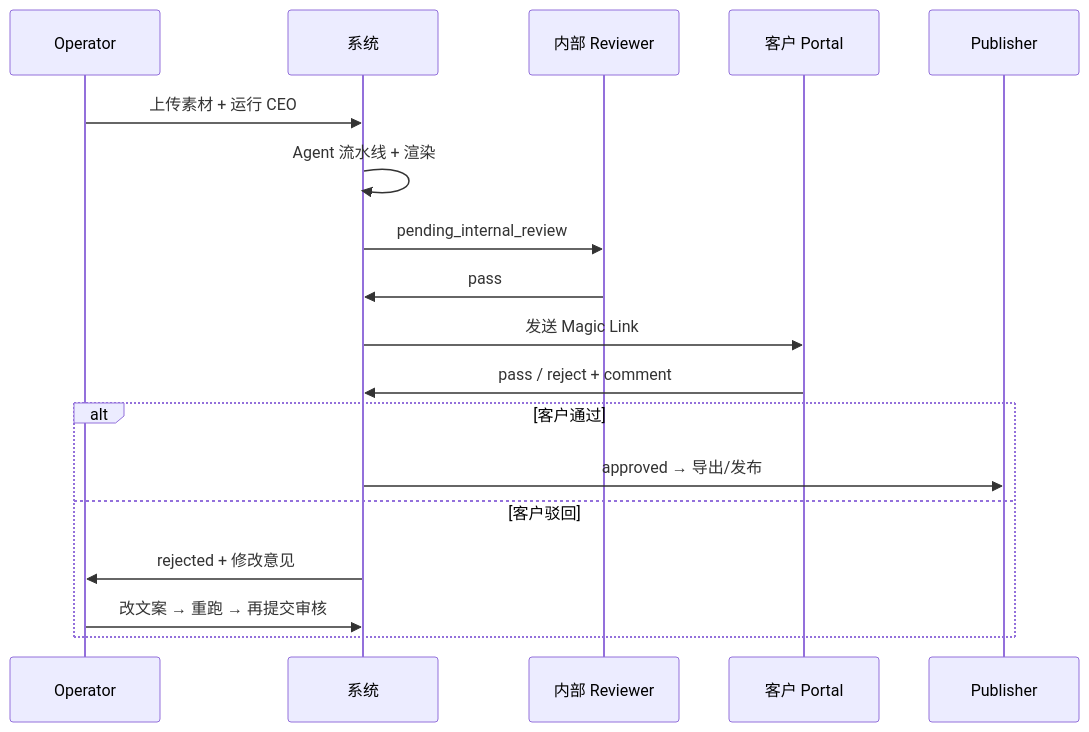
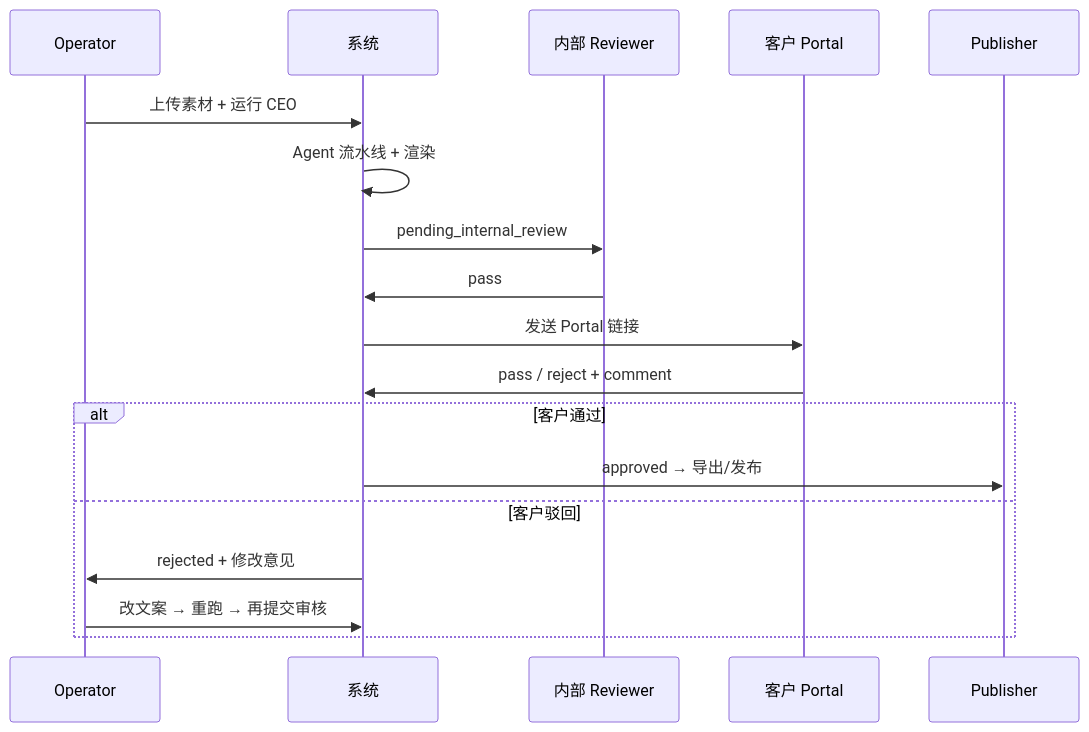
The fourth of 5 diagrams in README.md (EmbersoulLabs/EmberOS), drawn with Mermaid before and after one commit.

Commit message:
README: replace Magic Link wording with Portal link.

````diff
--- a/README.md
+++ b/README.md
@@ -298,21 +298,21 @@
 ```mermaid
 sequenceDiagram
     participant Op as Operator
     participant Sys as 系统
     participant QC as 内部 Reviewer
     participant Client as 客户 Portal
     participant Pub as Publisher
 
     Op->>Sys: 上传素材 + 运行 CEO
     Sys->>Sys: Agent 流水线 + 渲染
     Sys->>QC: pending_internal_review
     QC->>Sys: pass
-    Sys->>Client: 发送 Magic Link
+    Sys->>Client: 发送 Portal 链接
     Client->>Sys: pass / reject + comment
     alt 客户通过
         Sys->>Pub: approved → 导出/发布
     else 客户驳回
         Sys->>Op: rejected + 修改意见
         Op->>Sys: 改文案 → 重跑 → 再提交审核
     end
 ```
````
